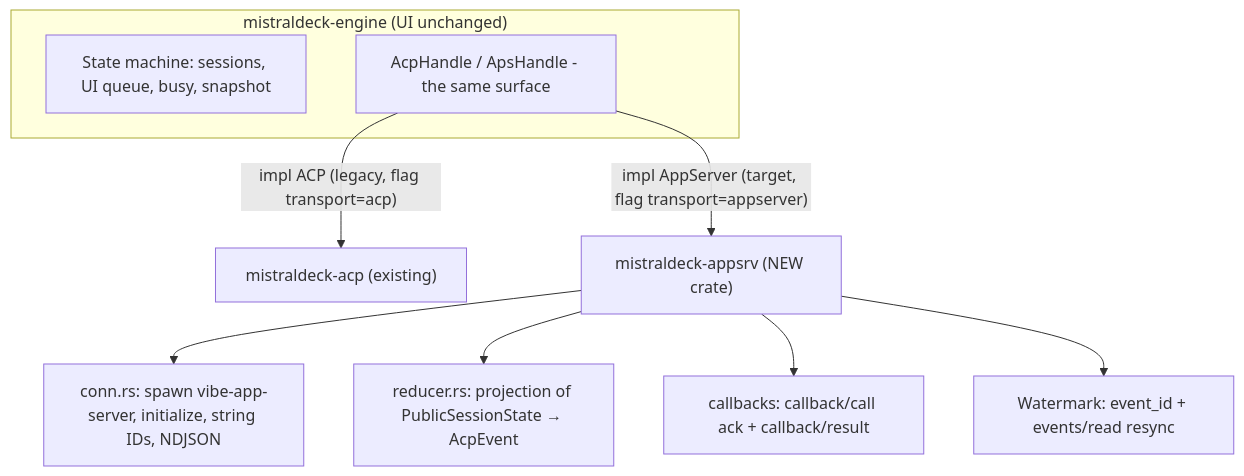
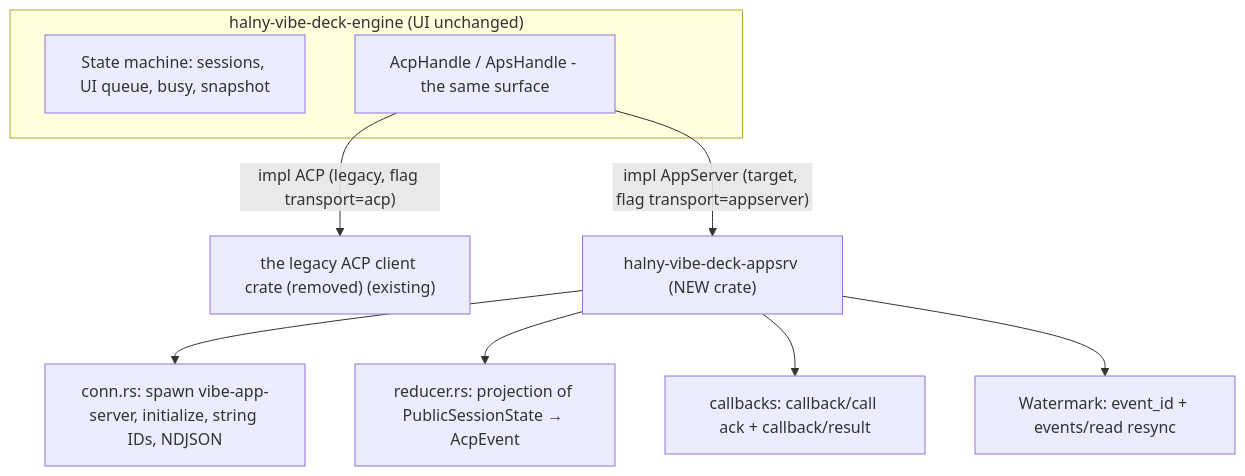
Before and after one commit to Dragonk/halny-vibe-deck: the diagram in docs/migration-appserver.md, drawn with Mermaid. The commit also changed other lines of this file and 10 other files, not shown here.

First line of the commit message:
docs: scrub legacy egui/mistraldeck references from docs/ and code comments (crate names now halny-vibe-deck*); legacy config path and updater exe names kept intentionally

````diff
--- a/docs/migration-appserver.md
+++ b/docs/migration-appserver.md
@@ -57,13 +57,13 @@
 ```mermaid
 flowchart TD
-    subgraph Engine["mistraldeck-engine (UI unchanged)"]
+    subgraph Engine["halny-vibe-deck-engine (UI unchanged)"]
         E["State machine: sessions, UI queue, busy, snapshot"]
         H["AcpHandle / ApsHandle - the same surface"]
     end
-    H -->|"impl ACP (legacy, flag transport=acp)"| ACP["mistraldeck-acp (existing)"]
-    H -->|"impl AppServer (target, flag transport=appserver)"| APP["mistraldeck-appsrv (NEW crate)"]
+    H -->|"impl ACP (legacy, flag transport=acp)"| ACP["the legacy ACP client crate (removed) (existing)"]
+    H -->|"impl AppServer (target, flag transport=appserver)"| APP["halny-vibe-deck-appsrv (NEW crate)"]
     APP --> P["conn.rs: spawn vibe-app-server, initialize, string IDs, NDJSON"]
     APP --> R["reducer.rs: projection of PublicSessionState → AcpEvent"]
     APP --> CB["callbacks: callback/call ack + callback/result"]
     APP --> W["Watermark: event_id + events/read resync"]
 ```
````
